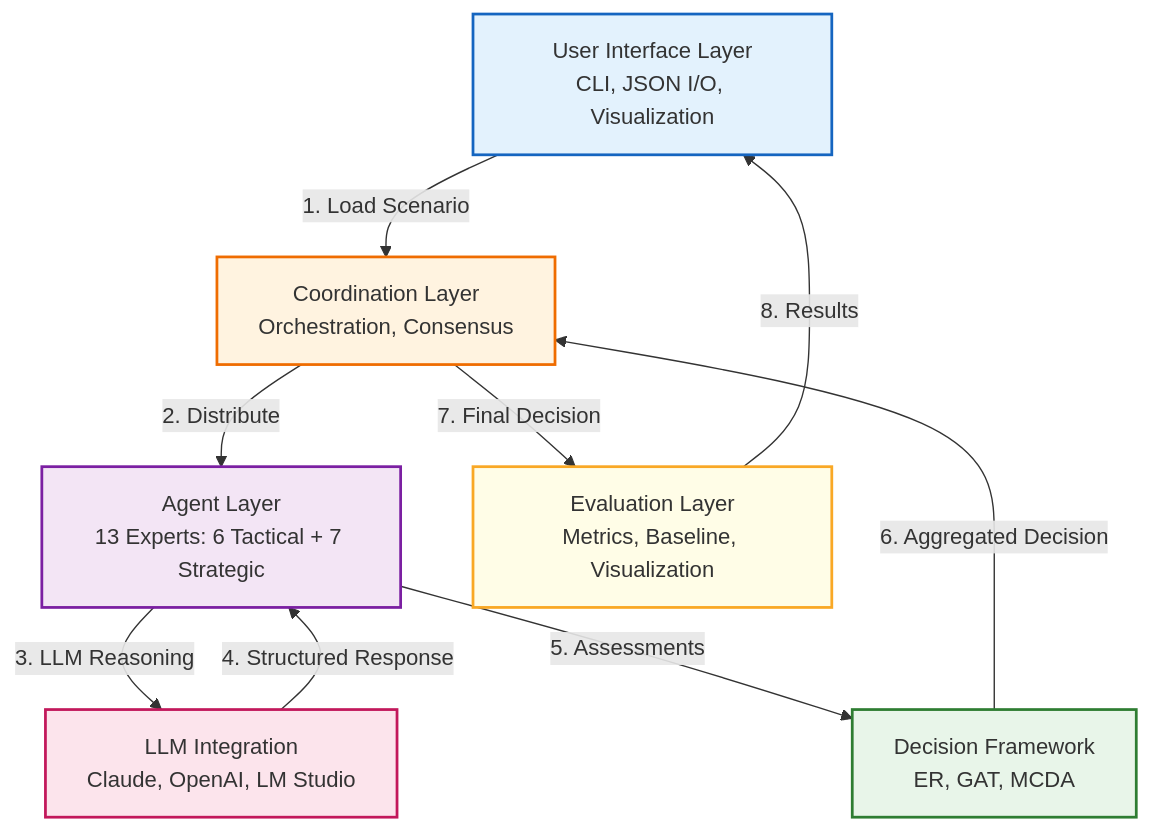
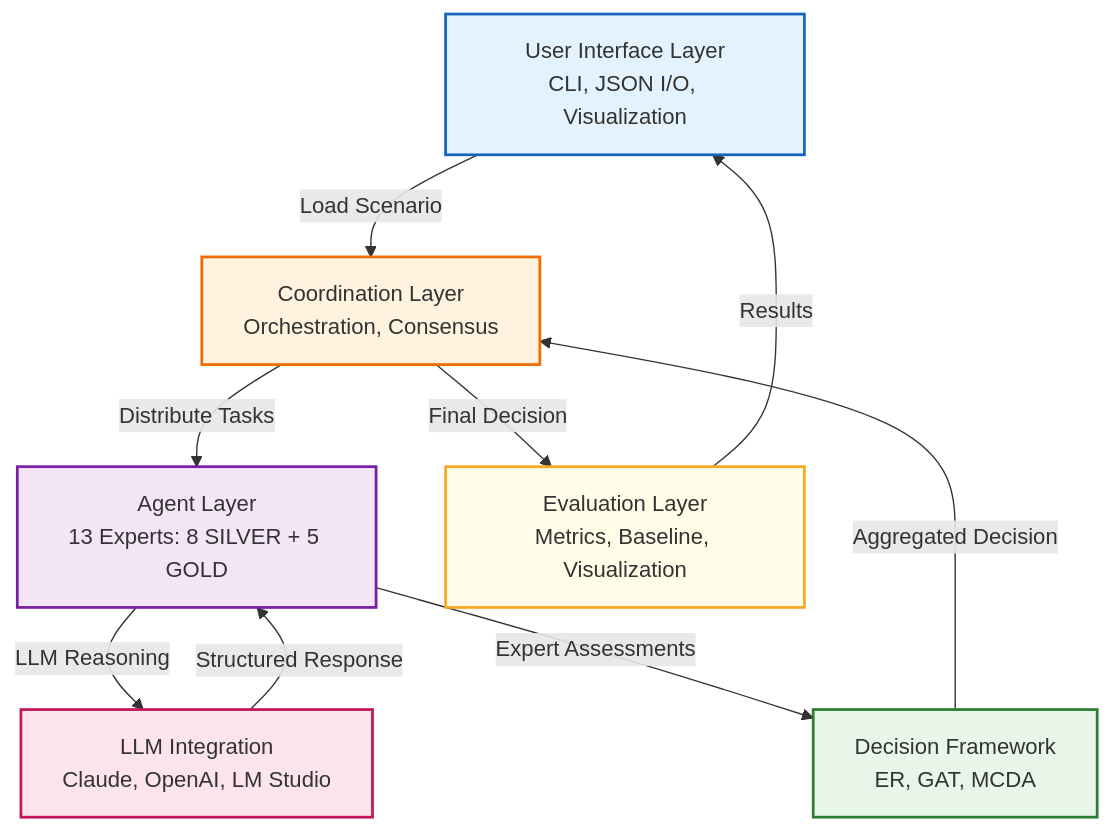
One commit to kerbgr/crisis_mas_poc changed the eighth of 22 diagrams in ARCHITECTURE_DIAGRAMS.md. Above: the diagram before and after it, drawn with Mermaid. The commit also changed other lines of this file, not shown here.

````diff
--- a/ARCHITECTURE_DIAGRAMS.md
+++ b/ARCHITECTURE_DIAGRAMS.md
@@ -394,25 +415,25 @@
 ```mermaid
 graph TB
     UI[User Interface Layer<br/>CLI, JSON I/O, Visualization]
     COORD[Coordination Layer<br/>Orchestration, Consensus]
-    AGENTS[Agent Layer<br/>13 Experts: 6 Tactical + 7 Strategic]
+    AGENTS[Agent Layer<br/>13 Experts: 8 SILVER + 5 GOLD]
     DF[Decision Framework<br/>ER, GAT, MCDA]
     LLM[LLM Integration<br/>Claude, OpenAI, LM Studio]
     EVAL[Evaluation Layer<br/>Metrics, Baseline, Visualization]
 
-    UI -->|1. Load Scenario| COORD
-    COORD -->|2. Distribute| AGENTS
-    AGENTS -->|3. LLM Reasoning| LLM
-    LLM -->|4. Structured Response| AGENTS
-    AGENTS -->|5. Assessments| DF
-    DF -->|6. Aggregated Decision| COORD
-    COORD -->|7. Final Decision| EVAL
-    EVAL -->|8. Results| UI
+    UI -->|Load Scenario| COORD
+    COORD -->|Distribute Tasks| AGENTS
+    AGENTS -->|LLM Reasoning| LLM
+    LLM -->|Structured Response| AGENTS
+    AGENTS -->|Expert Assessments| DF
+    DF -->|Aggregated Decision| COORD
+    COORD -->|Final Decision| EVAL
+    EVAL -->|Results| UI
 
     style UI fill:#e3f2fd,stroke:#1565c0,stroke-width:2px
     style COORD fill:#fff3e0,stroke:#ef6c00,stroke-width:2px
     style AGENTS fill:#f3e5f5,stroke:#7b1fa2,stroke-width:2px
     style DF fill:#e8f5e9,stroke:#2e7d32,stroke-width:2px
     style LLM fill:#fce4ec,stroke:#c2185b,stroke-width:2px
     style EVAL fill:#fffde7,stroke:#f9a825,stroke-width:2px
 ```
````
